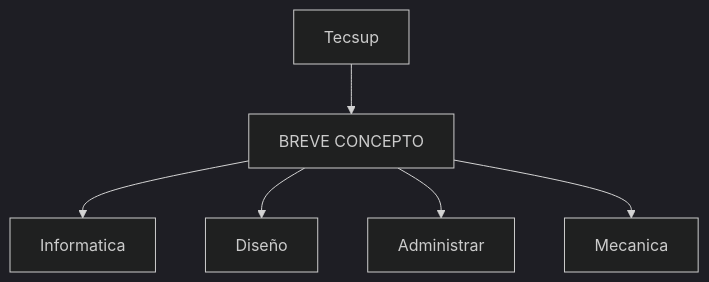
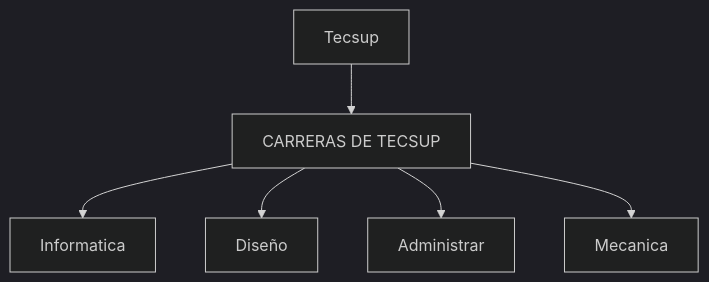
One commit to DDREMARC/SEM_05 changed the second of 2 diagrams in README.md. Above: the diagram before and after it, drawn with Mermaid (dark theme).

Commit message:
Cambios del README

````diff
--- a/README.md
+++ b/README.md
@@ -64,8 +64,8 @@
 ```mermaid
 flowchart TD
-A[Tecsup] --> B[BREVE CONCEPTO]
+A[Tecsup] --> B[CARRERAS DE TECSUP]
 B --> C[Informatica]
 B --> D[Diseño]
 B --> E[Administrar]
 B --> F[Mecanica]
 ```
````
